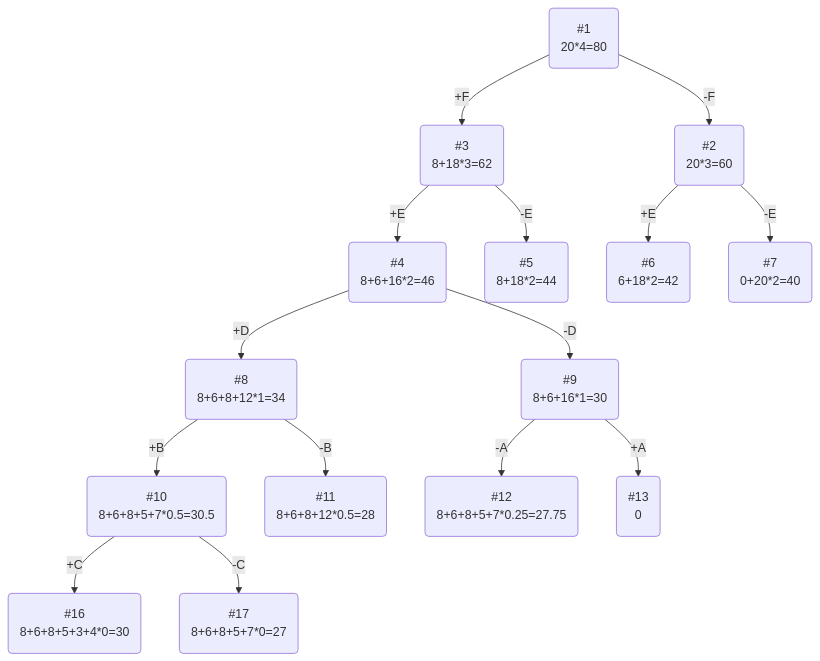
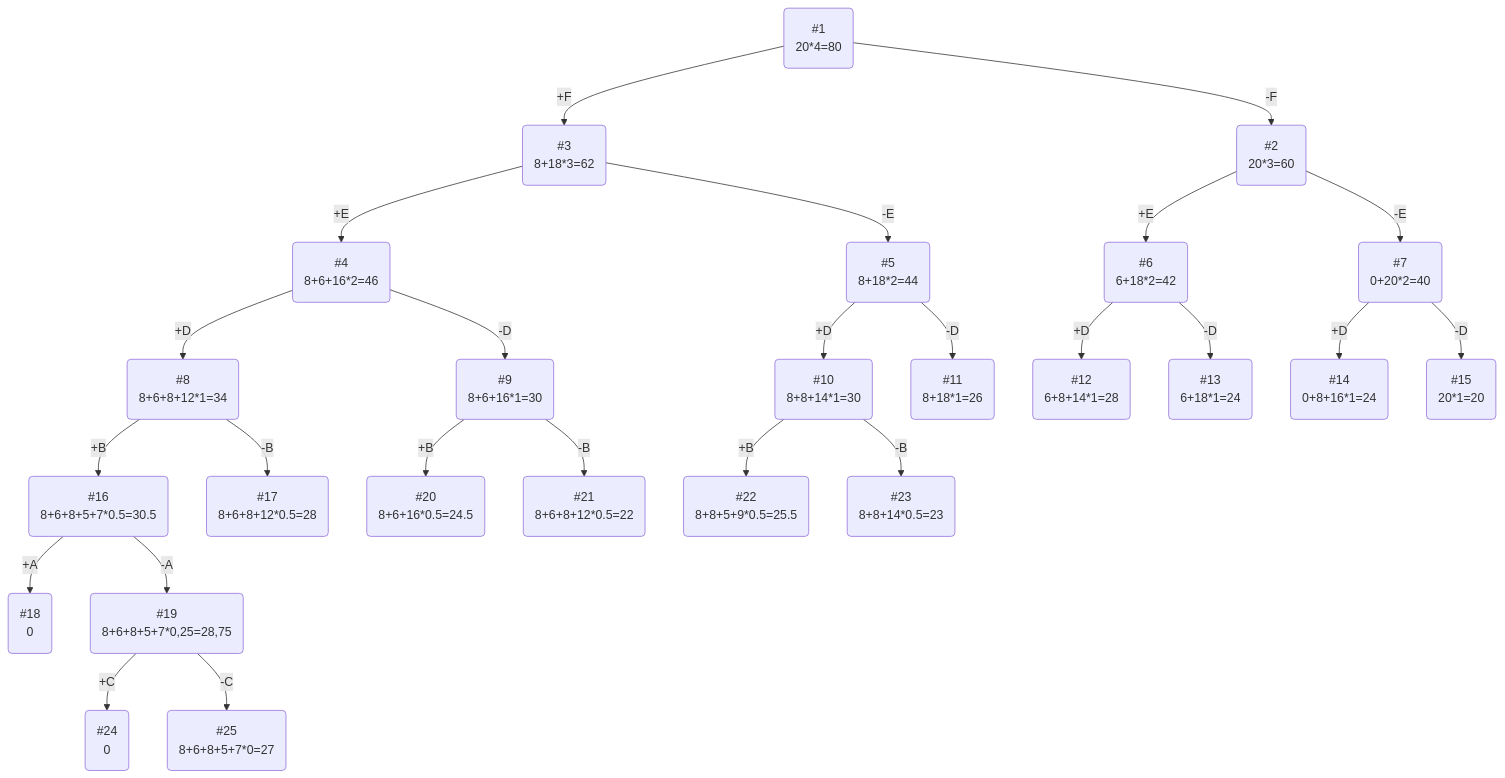
The diagram in task-11/first.md (hse-algo-24-owl/manual-tasks-owl), drawn with Mermaid before and after one commit.

Commit message:
Последняя версия после исправления ошибок

````diff
--- a/task-11/first.md
+++ b/task-11/first.md
@@ -37,17 +37,27 @@
 ```mermaid
-graph TB
-    1(#1\n20*4=80)-->|-F|2(#2\n20*3=60)
+   graph TB
+   1(#1\n20*4=80)-->|-F|2(#2\n20*3=60)
     1-->|+F|3(#3\n8+18*3=62)
     2-->|+E|6(#6\n6+18*2=42)
     2-->|-E|7(#7\n0+20*2=40)
     3-->|+E|4(#4\n8+6+16*2=46)
     3-->|-E|5(#5\n8+18*2=44)
     4-->|+D|8(#8\n8+6+8+12*1=34)
     4-->|-D|9(#9\n8+6+16*1=30)
-    8-->|+B|10(#10\n8+6+8+5+7*0.5=30.5)
-    8-->|-B|11(#11\n8+6+8+12*0.5=28)
-    9-->|-A|12(#12\n8+6+8+5+7*0.25=27.75)
-    9-->|+A|13(#13\n0)
-    10-->|+C|16(#16\n8+6+8+5+3+4*0=30)
-    10-->|-C|17(#17\n8+6+8+5+7*0=27)
+    5-->|+D|10(#10\n8+8+14*1=30)
+    5-->|-D|11(#11\n8+18*1=26)
+    6-->|+D|12(#12\n6+8+14*1=28)
+    6-->|-D|13(#13\n6+18*1=24)
+    7-->|+D|14(#14\n0+8+16*1=24)
+    7-->|-D|15(#15\n20*1=20)
+    8-->|+B|16(#16\n8+6+8+5+7*0.5=30.5)
+    8-->|-B|17(#17\n8+6+8+12*0.5=28)
+    16-->|+A|18(#18\n0)
+    16-->|-A|19(#19\n8+6+8+5+7*0,25=28,75)
+    9-->|+B|20(#20\n8+6+16*0.5=24.5)
+    9-->|-B|21(#21\n8+6+8+12*0.5=22)
+    10-->|+B|22(#22\n8+8+5+9*0.5=25.5)
+    10-->|-B|23(#23\n8+8+14*0.5=23)
+    19-->|+C|24(#24\n0)
+    19-->|-C|25(#25\n8+6+8+5+7*0=27)
 ```
````
